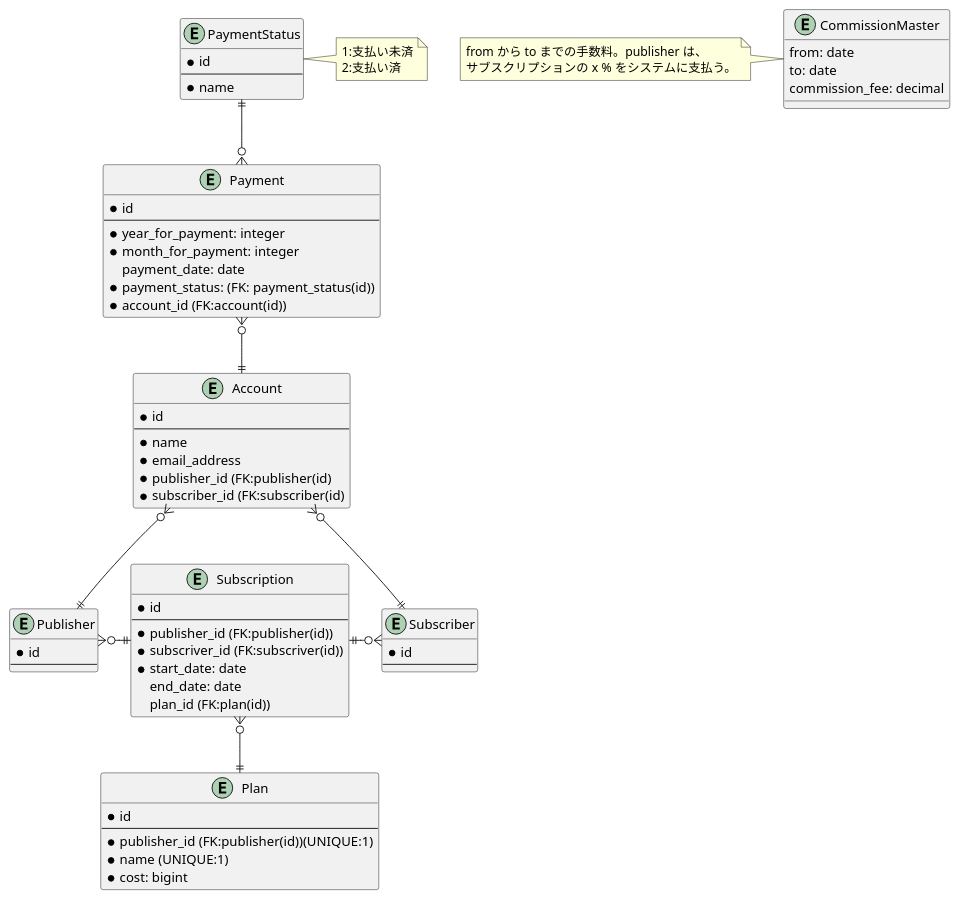
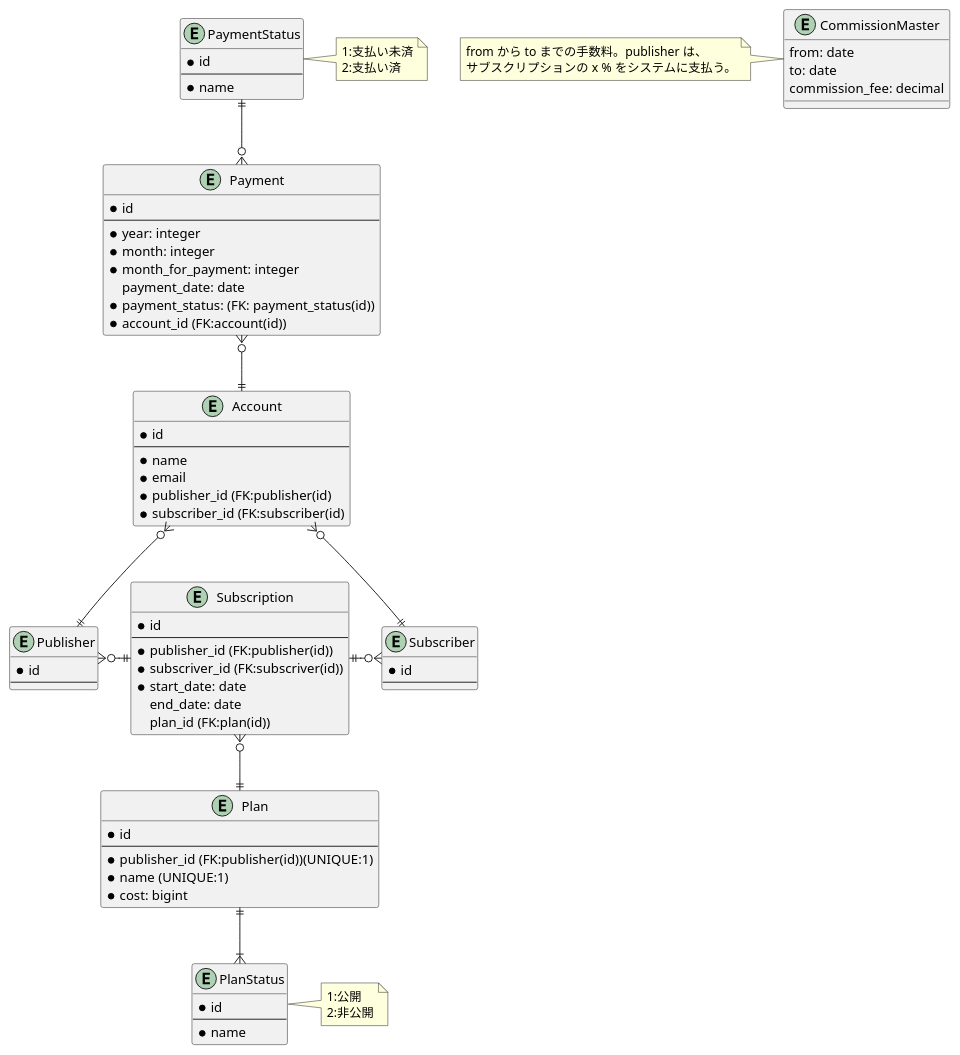
Before and after one commit to mikoto2000/SubscriptionManagementSystem: the diagram in doc/diagram/ER.puml, drawn with PlantUML. The commit also changed 1 other file, not shown here.

Commit message:
Updated diagrams.

```diff
--- a/doc/diagram/ER.puml
+++ b/doc/diagram/ER.puml
@@ -1,76 +1,87 @@
 @startuml
 
 entity Publisher {
   *id
   --
 }
 
 entity Subscriber {
   * id
   --
 }
 
 entity Subscription {
   * id
   --
   * publisher_id (FK:publisher(id))
   * subscriver_id (FK:subscriver(id))
   * start_date: date
     end_date: date
     plan_id (FK:plan(id))
 }
 
 entity Plan {
   * id
   --
   * publisher_id (FK:publisher(id))(UNIQUE:1)
   * name (UNIQUE:1)
   * cost: bigint
 }
 
 entity Payment {
   * id
   --
-  * year_for_payment: integer
+  * year: integer
+  * month: integer
   * month_for_payment: integer
     payment_date: date
   * payment_status: (FK: payment_status(id))
   * account_id (FK:account(id))
 }
 
 entity Account {
   * id
   --
   * name
-  * email_address
+  * email
   * publisher_id (FK:publisher(id)
   * subscriber_id (FK:subscriber(id)
 }
 
 entity PaymentStatus {
   * id
   --
   * name
 }
 
 note right: 1:支払い未済\n2:支払い済
+
+entity PlanStatus {
+  * id
+  --
+  * name
+}
+
+note right: 1:公開\n2:非公開
 
 entity CommissionMaster {
   from: date
   to: date
   commission_fee: decimal
 }
 
 note left: from から to までの手数料。publisher は、\nサブスクリプションの x % をシステムに支払う。
 
 Publisher }o-|| Subscription
 Subscription ||-o{ Subscriber
 Subscription }o--|| Plan
 PaymentStatus ||--o{ Payment
 
 Account }o--|| Publisher
 Account }o--|| Subscriber
 
 Payment }o--|| Account
 
+Plan ||--|{ PlanStatus
+
 @enduml
```
